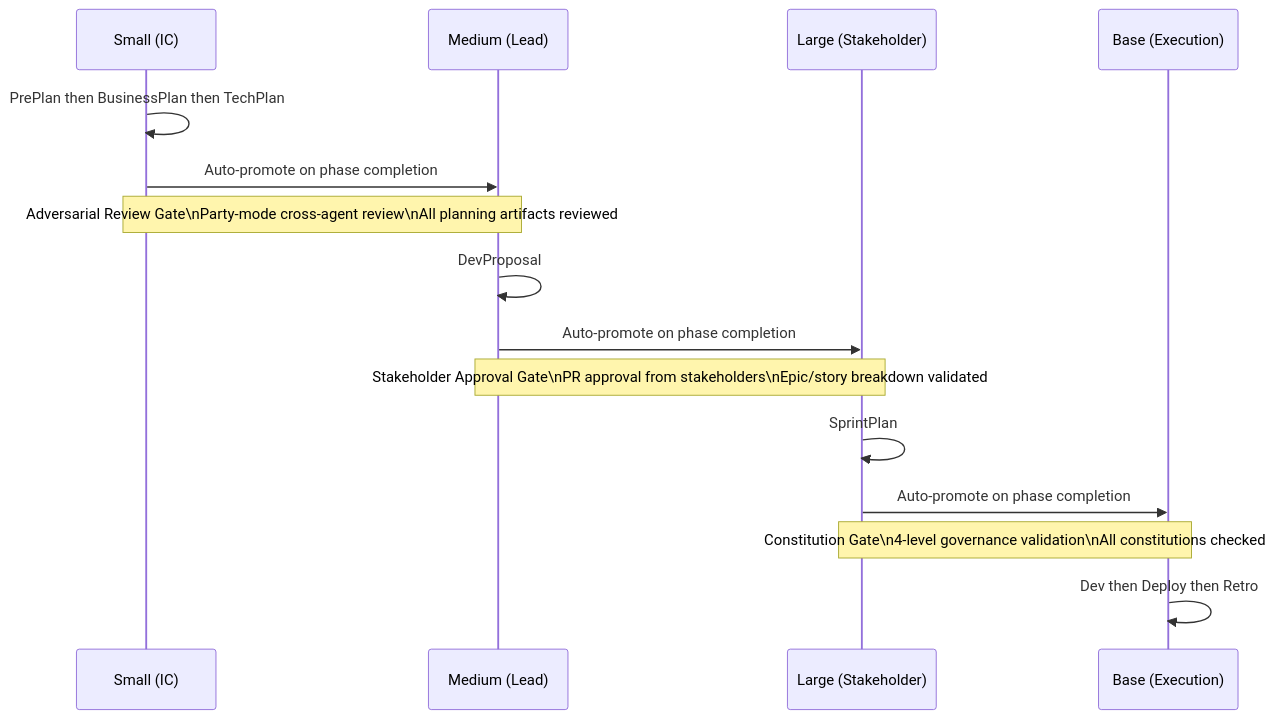
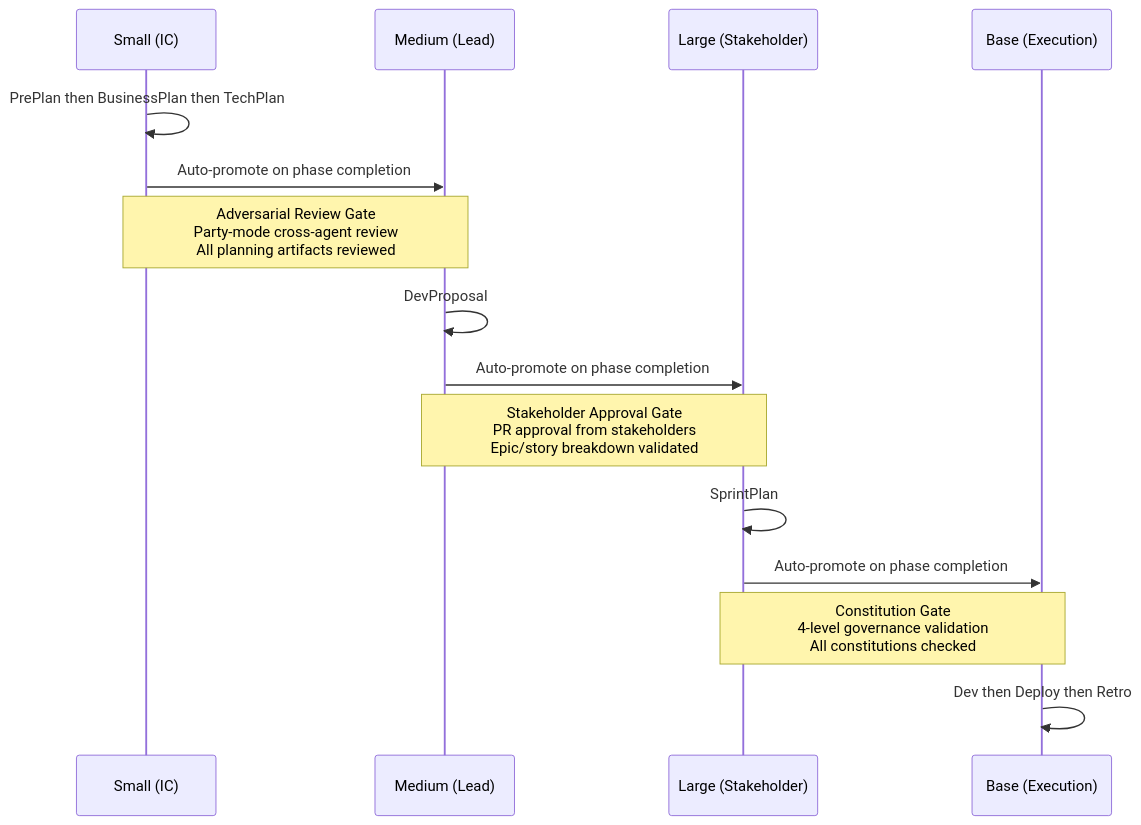
Before and after one commit to crisweber2600/Lens.Core.Src: the seventh of 16 diagrams in README.md, drawn with Mermaid. The commit also changed other lines of this file, not shown here.

Commit message:
fix: replace literal \n with <br/> in all Mermaid diagrams

````diff
--- a/README.md
+++ b/README.md
@@ -342,21 +342,21 @@
 ```mermaid
 sequenceDiagram
     participant IC as Small (IC)
     participant Lead as Medium (Lead)
     participant Stakeholder as Large (Stakeholder)
     participant Base as Base (Execution)
 
     IC->>IC: PrePlan then BusinessPlan then TechPlan
     IC->>Lead: Auto-promote on phase completion
-    Note over IC,Lead: Adversarial Review Gate\nParty-mode cross-agent review\nAll planning artifacts reviewed
+    Note over IC,Lead: Adversarial Review Gate<br/>Party-mode cross-agent review<br/>All planning artifacts reviewed
 
     Lead->>Lead: DevProposal
     Lead->>Stakeholder: Auto-promote on phase completion
-    Note over Lead,Stakeholder: Stakeholder Approval Gate\nPR approval from stakeholders\nEpic/story breakdown validated
+    Note over Lead,Stakeholder: Stakeholder Approval Gate<br/>PR approval from stakeholders<br/>Epic/story breakdown validated
 
     Stakeholder->>Stakeholder: SprintPlan
     Stakeholder->>Base: Auto-promote on phase completion
-    Note over Stakeholder,Base: Constitution Gate\n4-level governance validation\nAll constitutions checked
+    Note over Stakeholder,Base: Constitution Gate<br/>4-level governance validation<br/>All constitutions checked
 
     Base->>Base: Dev then Deploy then Retro
 ```
````
